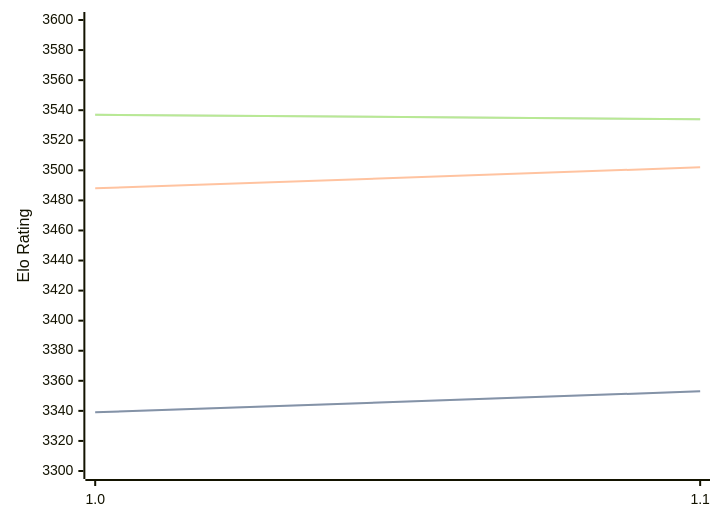
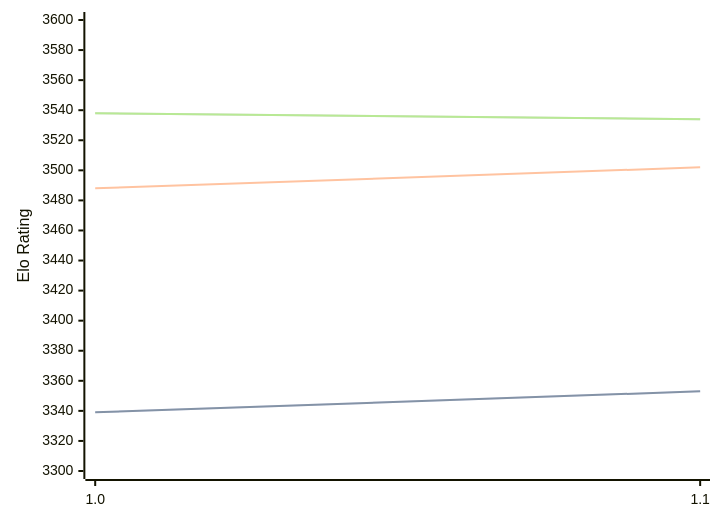
The diagram in engines/Horsie.md (computer-chess-index/cci), drawn with Mermaid before and after one commit. The commit also changed other lines of this file, not shown here.

Commit message:
Update CCI Ratings (ELO VLTC) - 2026-09-06

````diff
--- a/engines/Horsie.md
+++ b/engines/Horsie.md
@@ -32,11 +32,11 @@
 ```mermaid
 %%{init: {"theme":"base","themeVariables":{"seriesColors:['#a3a3a3','#222221','#faa371']}}}%%
 xychart-beta
   x-axis ["1.0", "1.1"]
   y-axis "Elo Rating" 3300 --> 3600
   line "" [3339, 3353]
   line "STC (8.0+0.08s)" [3339, 3353]
   line "LTC (60.0+0.60s)" [3488, 3502]
-  line "" [3537, 3534]
-  line "VLTC (2m24s+1.12s)" [3537, 3534]
+  line "" [3538, 3534]
+  line "VLTC (2m24s+1.12s)" [3538, 3534]
 ```
````
